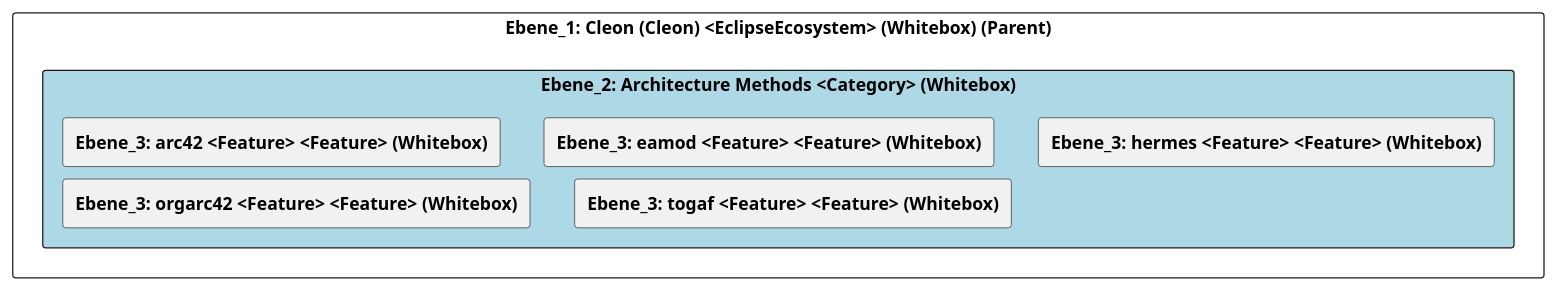
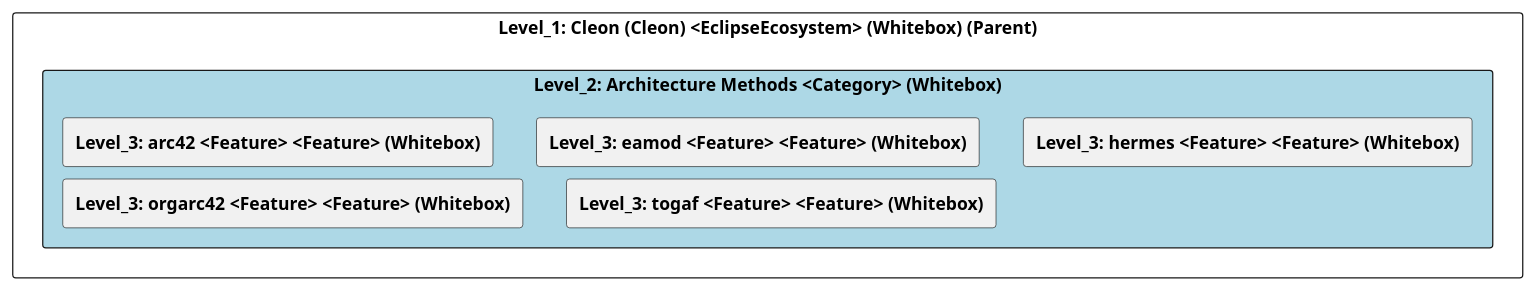
Before and after one commit to marcozwyssig/cleon: the diagram in doc/cleonproject_deliverables_architecture_model_architecture/adoc/de/05_bausteinsicht/cleon/architecture_methods/ebene_2_architecture methods.adoc, drawn with PlantUML. The commit also changed other lines of this file and 83 other files, not shown here.

```diff
--- a/doc/cleonproject_deliverables_architecture_model_architecture/adoc/de/05_bausteinsicht/cleon/architecture_methods/ebene_2_architecture methods.adoc
+++ b/doc/cleonproject_deliverables_architecture_model_architecture/adoc/de/05_bausteinsicht/cleon/architecture_methods/ebene_2_architecture methods.adoc
@@ -24,28 +24,28 @@
-[plantuml, Ebene_2: Architecture Methods <Category> (Whitebox)BlockOverview, format="svg"]
+[plantuml, Level_2: Architecture Methods <Category> (Whitebox)BlockOverview, format="svg"]
 ----
-@startuml Ebene_2: Architecture Methods <Category> (Whitebox)BuildingBlockOverview
+@startuml Level_2: Architecture Methods <Category> (Whitebox)BuildingBlockOverview
 
 skinparam ranksep 10
 skinparam componentStyle rectangle
 skinparam shadowing false
 skinparam arrowColor lightblue
 skinparam arrowThickness 1.2
 skinparam rectangle {
   BackgroundColor White
   BorderColor #333
   RoundCorner 10
 }
 top to bottom direction
 
-component "Ebene_1: Cleon (Cleon) <EclipseEcosystem> (Whitebox) (Parent)" {
-    component "Ebene_2: Architecture Methods <Category> (Whitebox)" #lightblue {
-        [**Ebene_3: arc42 <Feature> <Feature> (Whitebox)**] as 4905A654_D579_11EE_903E_9F564E4DE07E
-        [**Ebene_3: eamod <Feature> <Feature> (Whitebox)**] as 49057F36_D579_11EE_903E_9F564E4DE07E
-        [**Ebene_3: hermes <Feature> <Feature> (Whitebox)**] as 5F655CDC_DCBE_11EF_87B5_5327CB6D0EC7
-        [**Ebene_3: orgarc42 <Feature> <Feature> (Whitebox)**] as 49057F33_D579_11EE_903E_9F564E4DE07E
-        [**Ebene_3: togaf <Feature> <Feature> (Whitebox)**] as 4905581C_D579_11EE_903E_9F564E4DE07E
+component "Level_1: Cleon (Cleon) <EclipseEcosystem> (Whitebox) (Parent)" {
+    component "Level_2: Architecture Methods <Category> (Whitebox)" #lightblue {
+        [**Level_3: arc42 <Feature> <Feature> (Whitebox)**] as 4905A654_D579_11EE_903E_9F564E4DE07E
+        [**Level_3: eamod <Feature> <Feature> (Whitebox)**] as 49057F36_D579_11EE_903E_9F564E4DE07E
+        [**Level_3: hermes <Feature> <Feature> (Whitebox)**] as 5F655CDC_DCBE_11EF_87B5_5327CB6D0EC7
+        [**Level_3: orgarc42 <Feature> <Feature> (Whitebox)**] as 49057F33_D579_11EE_903E_9F564E4DE07E
+        [**Level_3: togaf <Feature> <Feature> (Whitebox)**] as 4905581C_D579_11EE_903E_9F564E4DE07E
     }
 }
 
 @enduml
 ----
```
